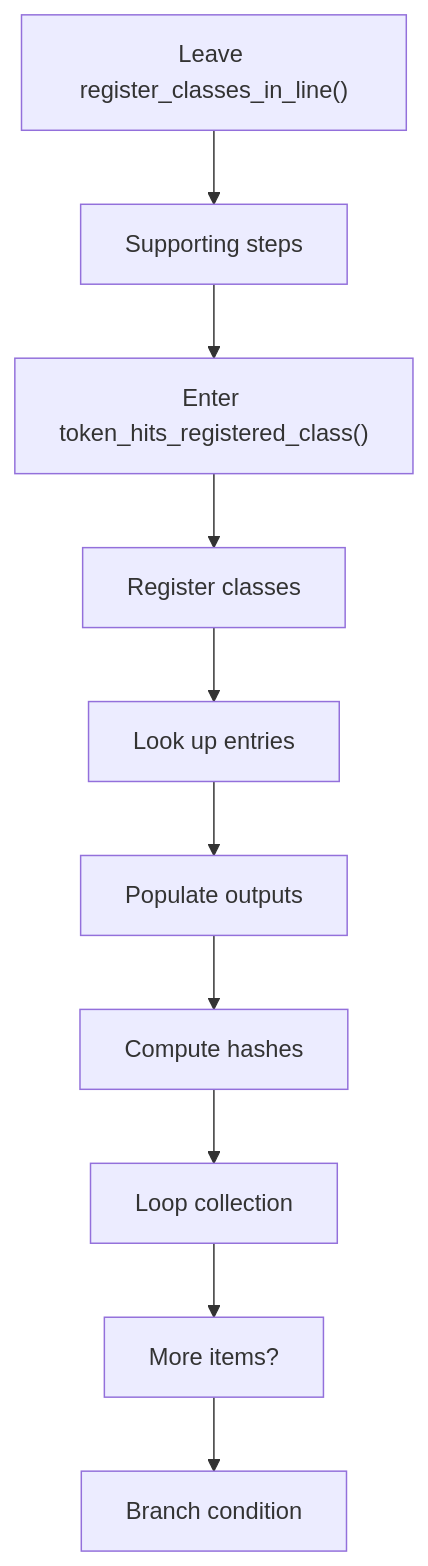
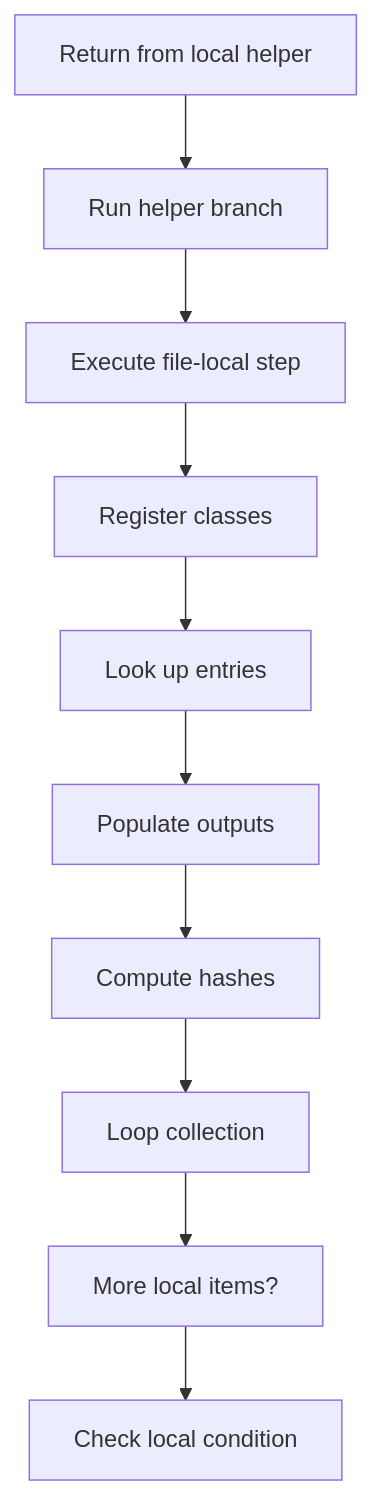
One commit to JohnAndrewBalbarosa/NeoTerritory changed the second of 10 diagrams in docs/Codebase/Microservice/Modules/Source/Trees/ClassGeneration/Actual/Internal/registry.cpp.md. Above: the diagram before and after it, drawn with Mermaid. The commit also changed other lines of this file and 915 other files, not shown here.

````diff
--- a/docs/Codebase/Microservice/Modules/Source/Trees/ClassGeneration/Actual/Internal/registry.cpp.md
+++ b/docs/Codebase/Microservice/Modules/Source/Trees/ClassGeneration/Actual/Internal/registry.cpp.md
@@ -56,22 +55,22 @@
 ```mermaid
 flowchart TD
-    N0["Leave register_classes_in_line()"]
-    N1["Supporting steps"]
-    N2["Enter token_hits_registered_class()"]
+    N0["Return from local helper"]
+    N1["Run helper branch"]
+    N2["Execute file-local step"]
     N3["Register classes"]
     N4["Look up entries"]
     N5["Populate outputs"]
     N6["Compute hashes"]
     N7["Loop collection"]
-    N8["More items?"]
-    N9["Branch condition"]
+    N8["More local items?"]
+    N9["Check local condition"]
     N0 --> N1
     N1 --> N2
     N2 --> N3
     N3 --> N4
     N4 --> N5
     N5 --> N6
     N6 --> N7
     N7 --> N8
     N8 --> N9
 ```
````
